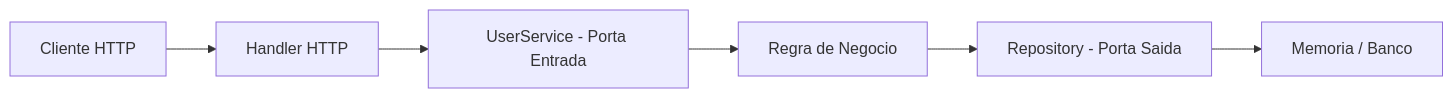
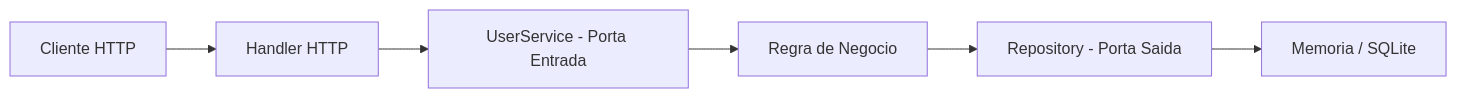
One commit to GabrielSantarem/web changed the diagram in docs/arquitetura-hexagonal.md. Above: the diagram before and after it, drawn with Mermaid. The commit also changed other lines of this file and 2 other files, not shown here.

First line of the commit message:
documenta adaptador sqlite no log e na arquitetura

````diff
--- a/docs/arquitetura-hexagonal.md
+++ b/docs/arquitetura-hexagonal.md
@@ -30,8 +30,8 @@
 ```mermaid
 flowchart LR
     A[Cliente HTTP] --> B[Handler HTTP]
     B --> C[UserService - Porta Entrada]
     C --> D[Regra de Negocio]
     D --> E[Repository - Porta Saida]
-    E --> F[Memoria / Banco]
+    E --> F[Memoria / SQLite]
 ```
````
